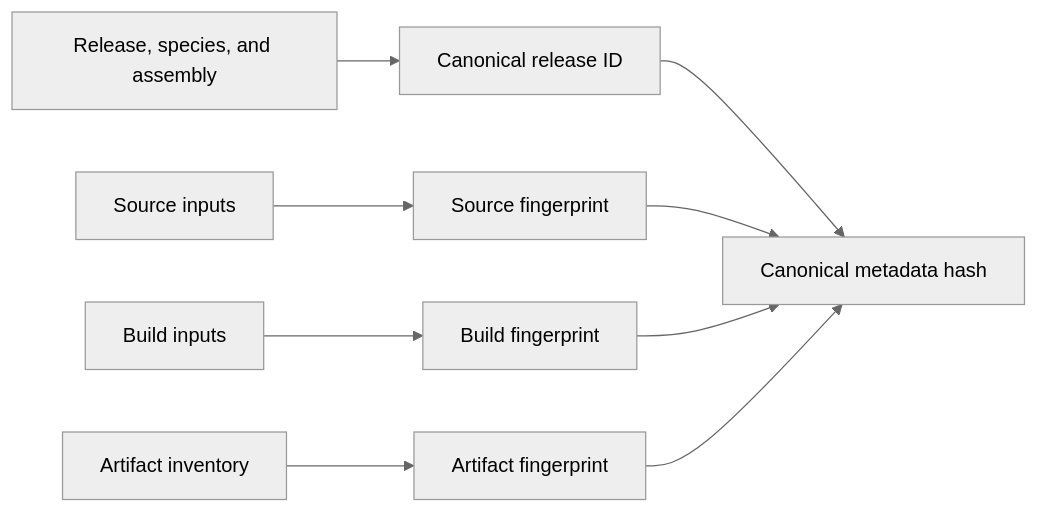
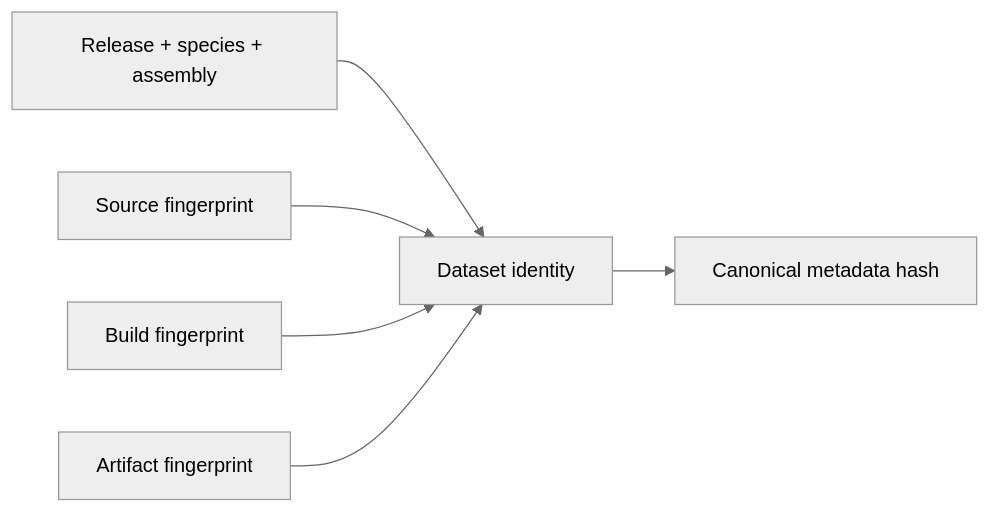
The second of 2 diagrams in docs/bijux-atlas/foundations/dataset-model.md (bijux/bijux-atlas), drawn with Mermaid (neutral theme) before and after one commit. The commit also changed other lines of this file and 2 other files, not shown here.

Commit message:
docs(data): connect dataset identity to request execution

````diff
--- a/docs/bijux-atlas/foundations/dataset-model.md
+++ b/docs/bijux-atlas/foundations/dataset-model.md
@@ -83,11 +60,8 @@
 ```mermaid
 flowchart LR
-    Tuple[Release, species, and assembly] --> Canonical[Canonical release ID]
-    Source[Source inputs] --> SourceHash[Source fingerprint]
-    Build[Build inputs] --> BuildHash[Build fingerprint]
-    Artifacts[Artifact inventory] --> ArtifactHash[Artifact fingerprint]
-    Canonical --> Identity[Canonical metadata hash]
-    SourceHash --> Identity
-    BuildHash --> Identity
-    ArtifactHash --> Identity
+    Name[Release + species + assembly] --> Identity[Dataset identity]
+    Source[Source fingerprint] --> Identity
+    Build[Build fingerprint] --> Identity
+    Artifacts[Artifact fingerprint] --> Identity
+    Identity --> Hash[Canonical metadata hash]
 ```
````
